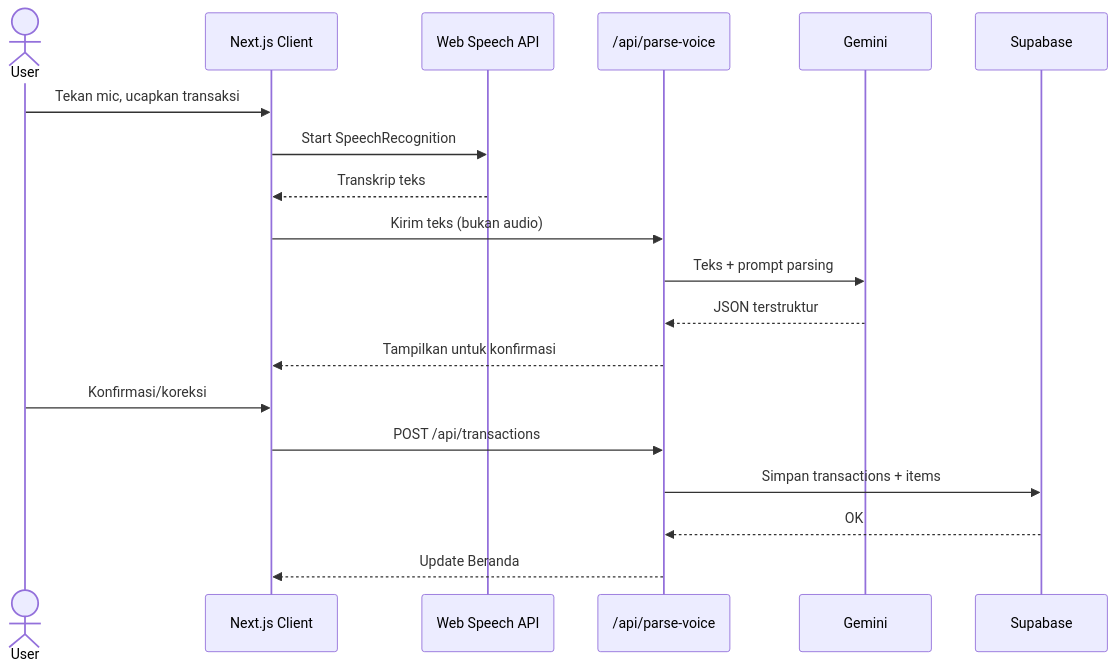
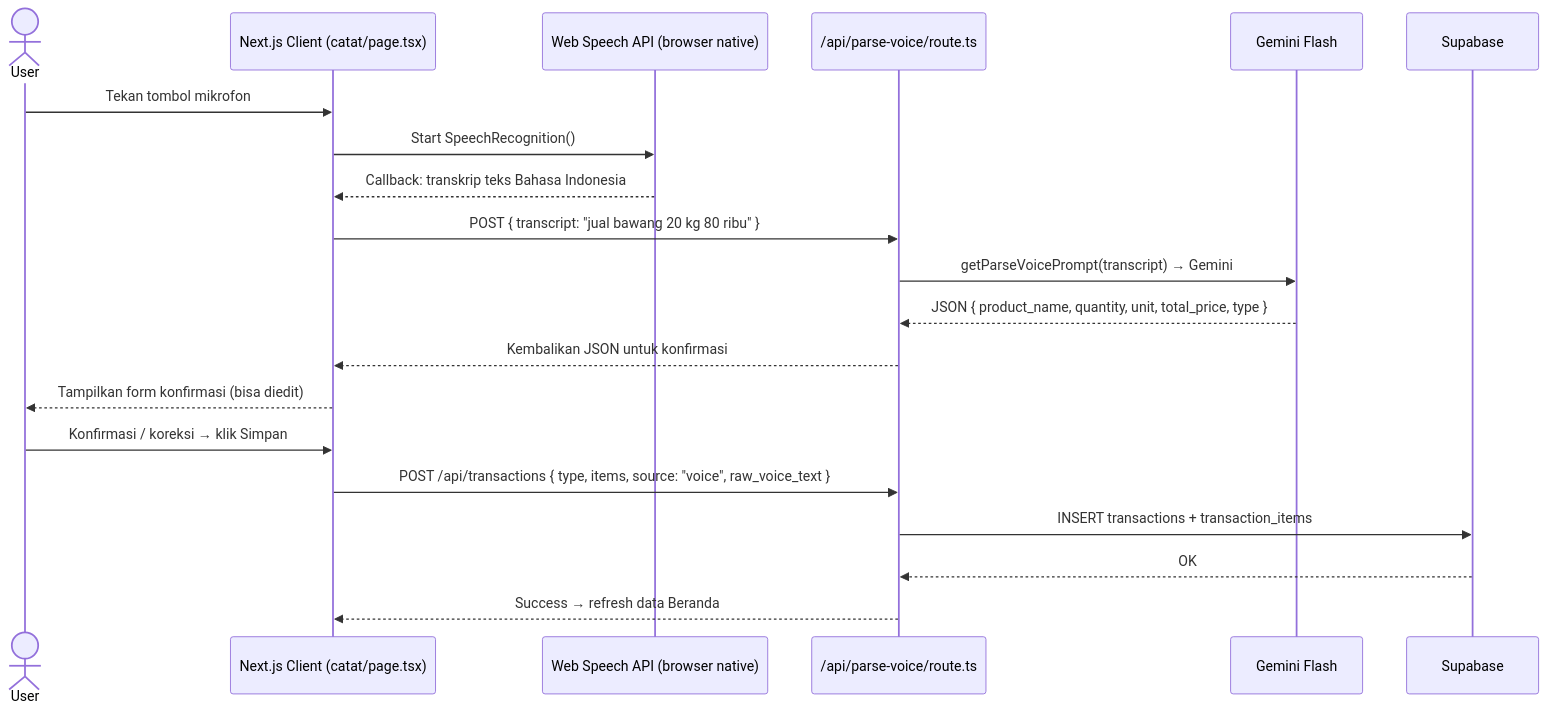
Before and after one commit to roymartin-glitch/Vocasyncc: the third of 5 diagrams in TECHNICAL_SPEC.md, drawn with Mermaid. The commit also changed other lines of this file and 15 other files, not shown here.

````diff
--- a/TECHNICAL_SPEC.md
+++ b/TECHNICAL_SPEC.md
@@ -387,22 +551,23 @@
 ```mermaid
 sequenceDiagram
   actor User
-  participant App as Next.js Client
-  participant WSA as Web Speech API
-  participant API as /api/parse-voice
-  participant AI as Gemini
+  participant App as Next.js Client (catat/page.tsx)
+  participant WSA as Web Speech API (browser native)
+  participant API as /api/parse-voice/route.ts
+  participant AI as Gemini Flash
   participant DB as Supabase
 
-  User->>App: Tekan mic, ucapkan transaksi
-  App->>WSA: Start SpeechRecognition
-  WSA-->>App: Transkrip teks
-  App->>API: Kirim teks (bukan audio)
-  API->>AI: Teks + prompt parsing
-  AI-->>API: JSON terstruktur
-  API-->>App: Tampilkan untuk konfirmasi
-  User->>App: Konfirmasi/koreksi
-  App->>API: POST /api/transactions
-  API->>DB: Simpan transactions + items
+  User->>App: Tekan tombol mikrofon
+  App->>WSA: Start SpeechRecognition()
+  WSA-->>App: Callback: transkrip teks Bahasa Indonesia
+  App->>API: POST { transcript: "jual bawang 20 kg 80 ribu" }
+  API->>AI: getParseVoicePrompt(transcript) → Gemini
+  AI-->>API: JSON { product_name, quantity, unit, total_price, type }
+  API-->>App: Kembalikan JSON untuk konfirmasi
+  App-->>User: Tampilkan form konfirmasi (bisa diedit)
+  User->>App: Konfirmasi / koreksi → klik Simpan
+  App->>API: POST /api/transactions { type, items, source: "voice", raw_voice_text }
+  API->>DB: INSERT transactions + transaction_items
   DB-->>API: OK
-  API-->>App: Update Beranda
+  API-->>App: Success → refresh data Beranda
 ```
````
